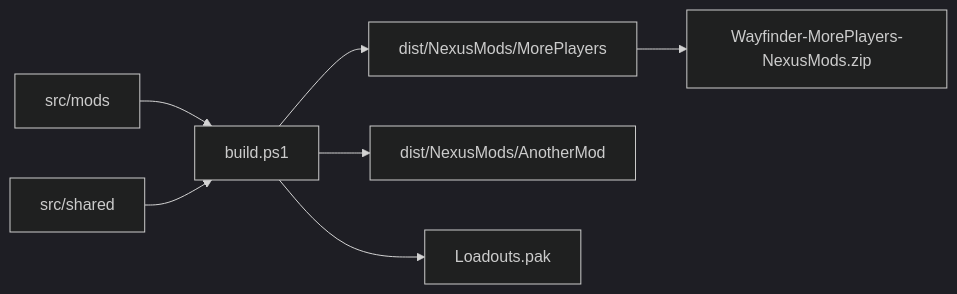
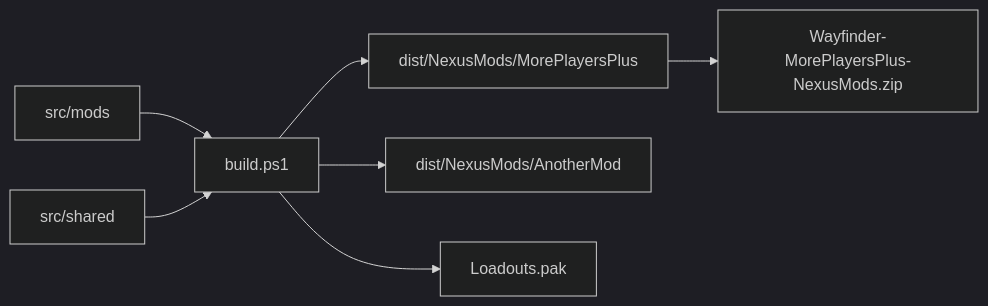
Before and after one commit to TheAngryByrd/Wayfinder-Mods: the diagram in lode/distribution/summary.md, drawn with Mermaid (dark theme). The commit also changed other lines of this file and 29 other files, not shown here.

First line of the commit message:
Rename MorePlayers to MorePlayersPlus for the Nexus Mods release

````diff
--- a/lode/distribution/summary.md
+++ b/lode/distribution/summary.md
@@ -6,9 +6,9 @@
 ```mermaid
 flowchart LR
     Mods[src/mods] --> Build[build.ps1]
     Shared[src/shared] --> Build
-    Build --> MorePlayers[dist/NexusMods/MorePlayers]
+    Build --> MorePlayersPlus[dist/NexusMods/MorePlayersPlus]
     Build --> Additional[dist/NexusMods/AnotherMod]
     Build --> LoadoutsPak[Loadouts.pak]
-    MorePlayers --> Zip[Wayfinder-MorePlayers-NexusMods.zip]
+    MorePlayersPlus --> Zip[Wayfinder-MorePlayersPlus-NexusMods.zip]
 ```
````
